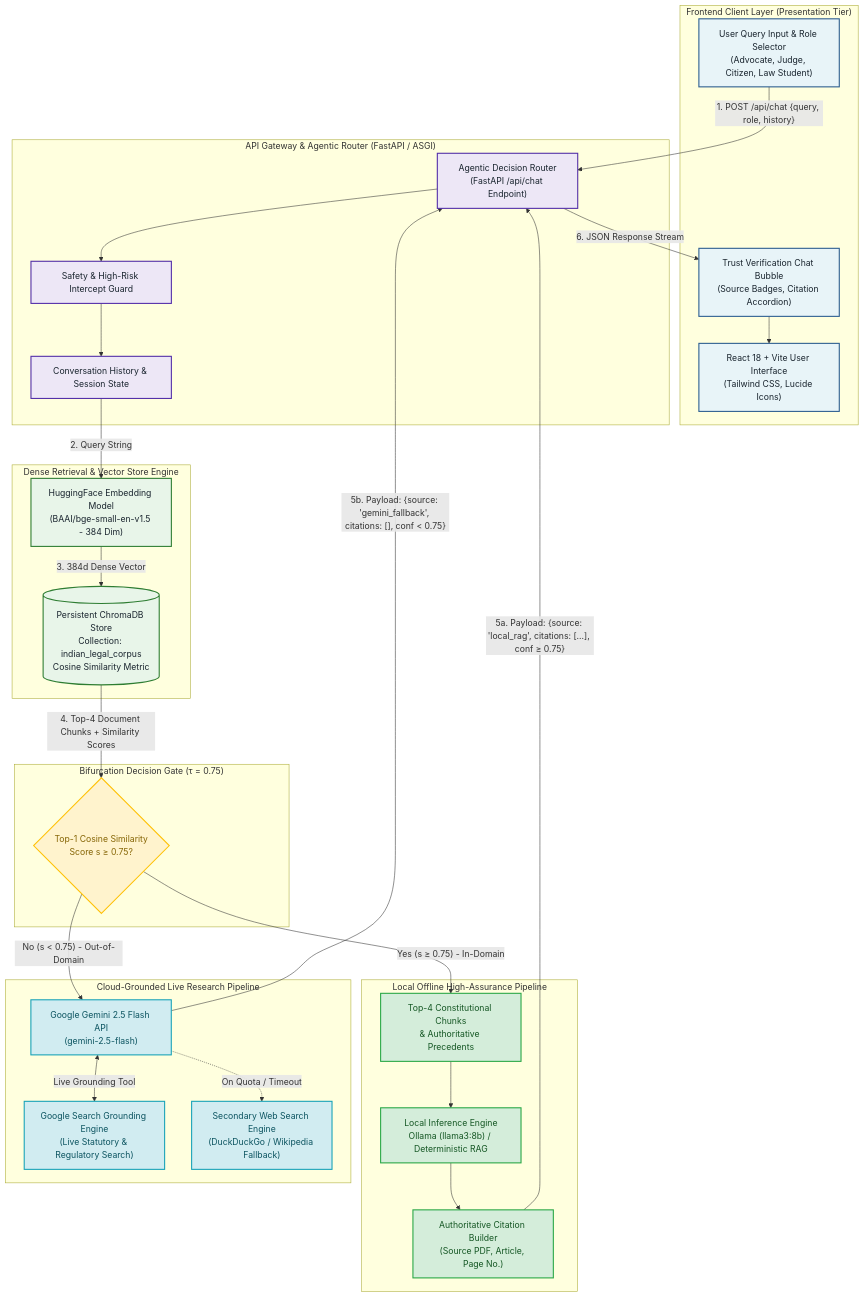
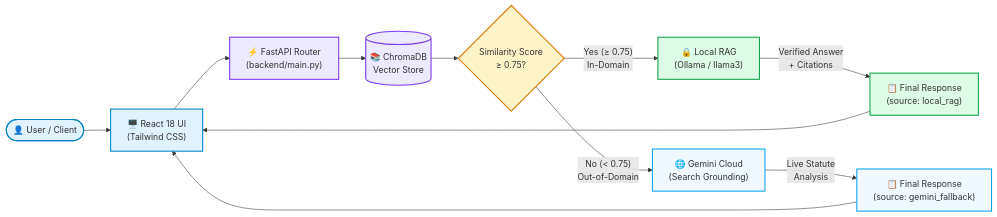
Before and after one commit to kramasrisurya/s2-legal-ai: the diagram in paper_figures/fig1_system_architecture.mmd, drawn with Mermaid. The commit also changed 6 other files, not shown here.

Commit message:
refactor(figures): simplify architectural diagrams and publication charts for clarity

```diff
--- a/paper_figures/fig1_system_architecture.mmd
+++ b/paper_figures/fig1_system_architecture.mmd
@@ -1,74 +1,30 @@
-%% Figure 1: S2 Legal AI Pro - End-to-End System Architecture
-%% Publication: Router-Based Agentic Retrieval-Augmented Generation for Jurisprudential Reasoning
-graph TB
-    subgraph ClientLayer["Frontend Client Layer (Presentation Tier)"]
-        UI["React 18 + Vite User Interface<br/>(Tailwind CSS, Lucide Icons)"]
-        InputBox["User Query Input & Role Selector<br/>(Advocate, Judge, Citizen, Law Student)"]
-        ChatBubble["Trust Verification Chat Bubble<br/>(Source Badges, Citation Accordion)"]
-    end
+%% Figure 1: Simple End-to-End System Architecture
+graph LR
+    User(["👤 User / Client"]) --> UI["🖥️ React 18 UI<br/>(Tailwind CSS)"]
+    UI --> Router["⚡ FastAPI Router<br/>(backend/main.py)"]
+    
+    Router --> Chroma[("📚 ChromaDB<br/>Vector Store")]
+    Chroma --> Gate{"Similarity Score<br/>&ge; 0.75?"}
+    
+    %% In-Domain Local Path
+    Gate -->|"Yes (&ge; 0.75)<br/>In-Domain"| Local["🔒 Local RAG<br/>(Ollama / llama3)"]
+    Local -->|"Verified Answer<br/>+ Citations"| Response["📋 Final Response<br/>(source: local_rag)"]
+    
+    %% Out-of-Domain Cloud Path
+    Gate -->|"No (< 0.75)<br/>Out-of-Domain"| Cloud["🌐 Gemini Cloud<br/>(Search Grounding)"]
+    Cloud -->|"Live Statute<br/>Analysis"| Response2["📋 Final Response<br/>(source: gemini_fallback)"]
+    
+    Response --> UI
+    Response2 --> UI
 
-    subgraph APILayer["API Gateway & Agentic Router (FastAPI / ASGI)"]
-        Router["Agentic Decision Router<br/>(FastAPI /api/chat Endpoint)"]
-        HistoryManager["Conversation History & Session State"]
-        SafetyGate["Safety & High-Risk Intercept Guard"]
-    end
-
-    subgraph RetrievalLayer["Dense Retrieval & Vector Store Engine"]
-        Embedder["HuggingFace Embedding Model<br/>(BAAI/bge-small-en-v1.5 - 384 Dim)"]
-        ChromaStore[("Persistent ChromaDB Store<br/>Collection: indian_legal_corpus<br/>Cosine Similarity Metric")]
-    end
-
-    subgraph DecisionGate["Bifurcation Decision Gate (&tau; = 0.75)"]
-        ThresholdEvaluator{"Top-1 Cosine Similarity<br/>Score s &ge; 0.75?"}
-    end
-
-    subgraph LocalPipeline["Local Offline High-Assurance Pipeline"]
-        LocalContext["Top-4 Constitutional Chunks<br/>& Authoritative Precedents"]
-        LocalLLM["Local Inference Engine<br/>Ollama (llama3:8b) / Deterministic RAG"]
-        VerifiedCitations["Authoritative Citation Builder<br/>(Source PDF, Article, Page No.)"]
-    end
-
-    subgraph CloudPipeline["Cloud-Grounded Live Research Pipeline"]
-        GeminiAPI["Google Gemini 2.5 Flash API<br/>(gemini-2.5-flash)"]
-        SearchGrounding["Google Search Grounding Engine<br/>(Live Statutory & Regulatory Search)"]
-        WebFallback["Secondary Web Search Engine<br/>(DuckDuckGo / Wikipedia Fallback)"]
-    end
-
-    %% Data Flow Connections
-    InputBox -->|"1. POST /api/chat {query, role, history}"| Router
-    Router --> SafetyGate
-    SafetyGate --> HistoryManager
-    HistoryManager -->|"2. Query String"| Embedder
-    Embedder -->|"3. 384d Dense Vector"| ChromaStore
-    ChromaStore -->|"4. Top-4 Document Chunks + Similarity Scores"| ThresholdEvaluator
-
-    %% Local Branch (In-Domain)
-    ThresholdEvaluator -->|"Yes (s &ge; 0.75) - In-Domain"| LocalContext
-    LocalContext --> LocalLLM
-    LocalLLM --> VerifiedCitations
-    VerifiedCitations -->|"5a. Payload: {source: 'local_rag', citations: [...], conf &ge; 0.75}"| Router
-
-    %% Cloud Branch (Out-of-Domain)
-    ThresholdEvaluator -->|"No (s < 0.75) - Out-of-Domain"| GeminiAPI
-    GeminiAPI <-->|"Live Grounding Tool"| SearchGrounding
-    GeminiAPI -.->|"On Quota / Timeout"| WebFallback
-    GeminiAPI -->|"5b. Payload: {source: 'gemini_fallback', citations: [], conf < 0.75}"| Router
-
-    %% Response to UI
-    Router -->|"6. JSON Response Stream"| ChatBubble
-    ChatBubble --> UI
-
-    %% Styling
-    classDef clientStyle fill:#e8f4f8,stroke:#2b5c8f,stroke-width:2px,color:#1a252f;
-    classDef routerStyle fill:#ede7f6,stroke:#512da8,stroke-width:2px,color:#1a252f;
-    classDef retrievalStyle fill:#e8f5e9,stroke:#2e7d32,stroke-width:2px,color:#1a252f;
-    classDef localStyle fill:#d4edda,stroke:#28a745,stroke-width:2px,color:#155724;
-    classDef cloudStyle fill:#d1ecf1,stroke:#17a2b8,stroke-width:2px,color:#0c5460;
-    classDef gateStyle fill:#fff3cd,stroke:#ffc107,stroke-width:2px,color:#856404;
-
-    class UI,InputBox,ChatBubble clientStyle;
-    class Router,HistoryManager,SafetyGate routerStyle;
-    class Embedder,ChromaStore retrievalStyle;
-    class ThresholdEvaluator gateStyle;
-    class LocalContext,LocalLLM,VerifiedCitations localStyle;
-    class GeminiAPI,SearchGrounding,WebFallback cloudStyle;
+    classDef client fill:#e0f2fe,stroke:#0284c7,stroke-width:2px;
+    classDef router fill:#ede9fe,stroke:#7c3aed,stroke-width:2px;
+    classDef gate fill:#fef3c7,stroke:#d97706,stroke-width:2px;
+    classDef local fill:#dcfce7,stroke:#16a34a,stroke-width:2px;
+    classDef cloud fill:#f0f9ff,stroke:#0ea5e9,stroke-width:2px;
+    
+    class User,UI client;
+    class Router,Chroma router;
+    class Gate gate;
+    class Local,Response local;
+    class Cloud,Response2 cloud;
```
